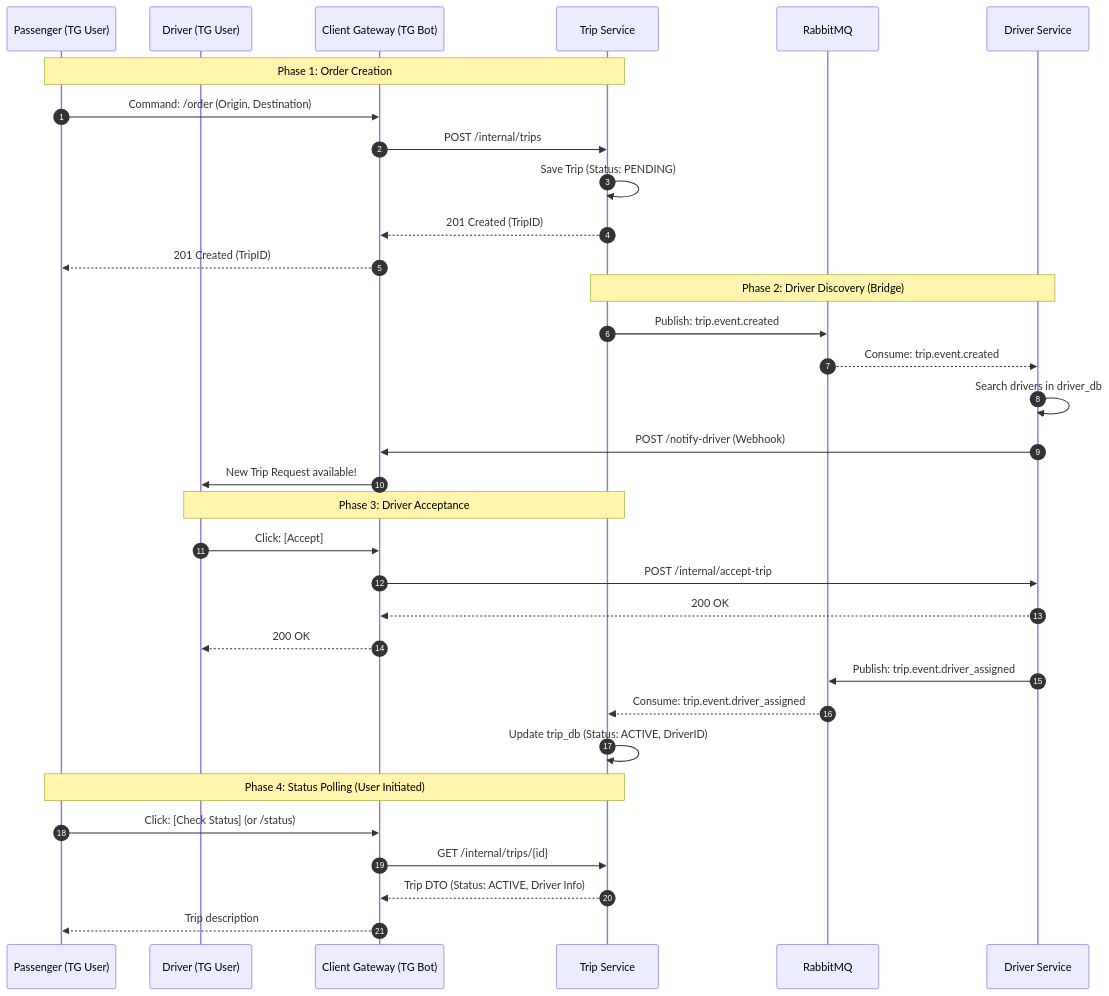
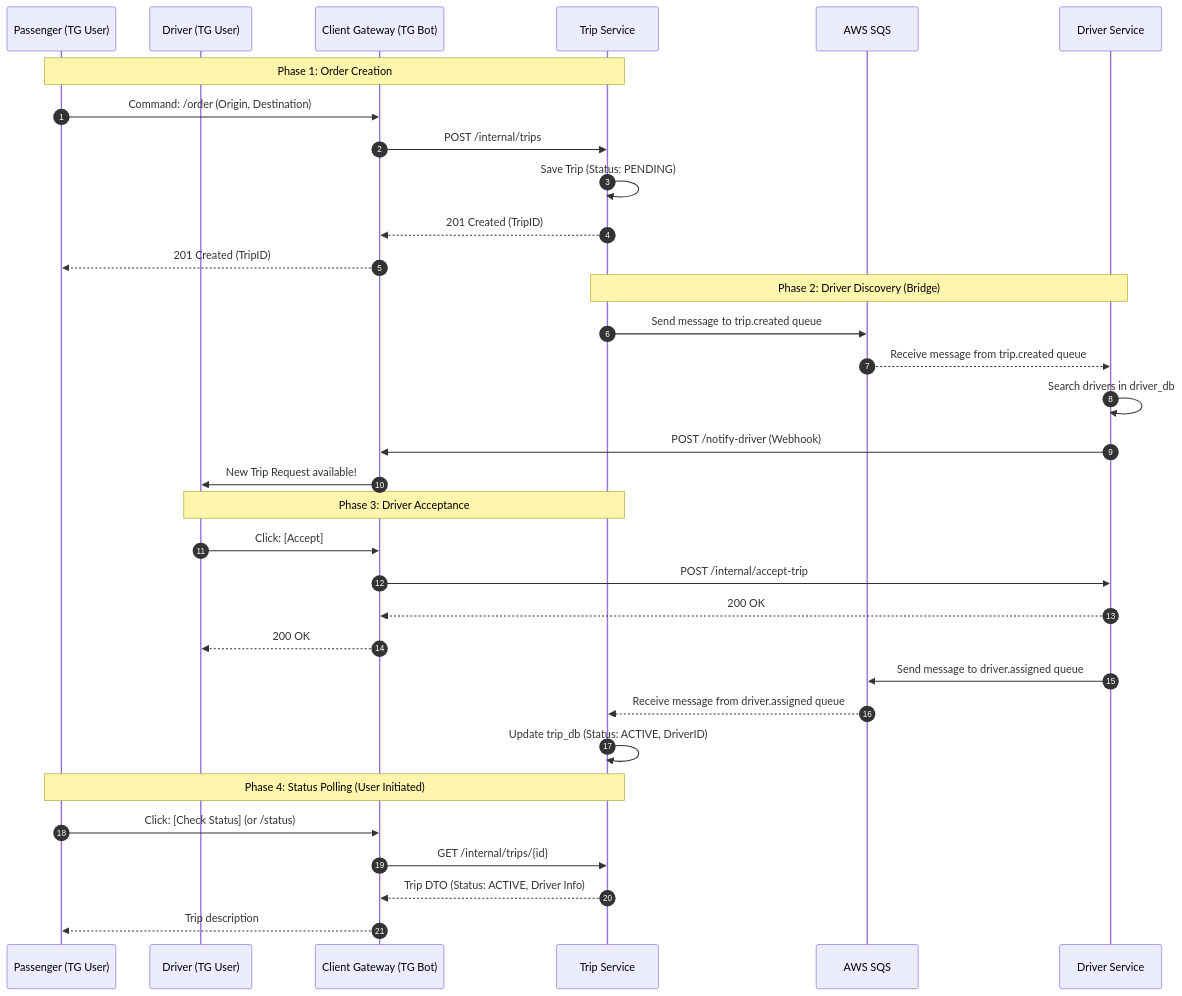
The diagram in ai.md (UA-4697-DevOps/drive-ops), drawn with Mermaid before and after one commit. The commit also changed other lines of this file, not shown here.

Commit message:
docs: reflect SQS migration in ai.md

````diff
--- a/ai.md
+++ b/ai.md
@@ -38,40 +38,40 @@
 ```mermaid
 sequenceDiagram
     autonumber
     participant P as Passenger (TG User)
     participant D as Driver (TG User)
     participant CG as Client Gateway (TG Bot)
     participant TS as Trip Service
-    participant MB as RabbitMQ
+    participant SQS as AWS SQS
     participant DS as Driver Service
 
     Note over P, TS: Phase 1: Order Creation
     P->>CG: Command: /order (Origin, Destination)
     CG->>TS: POST /internal/trips
     TS->>TS: Save Trip (Status: PENDING)
     TS-->>CG: 201 Created (TripID)
     CG-->>P: 201 Created (TripID)
 
     Note over TS, DS: Phase 2: Driver Discovery (Bridge)
-    TS->>MB: Publish: trip.event.created
-    MB-->>DS: Consume: trip.event.created
+    TS->>SQS: Send message to trip.created queue
+    SQS-->>DS: Receive message from trip.created queue
     DS->>DS: Search drivers in driver_db
     DS->>CG: POST /notify-driver (Webhook)
     CG->>D: New Trip Request available!
 
     Note over D, TS: Phase 3: Driver Acceptance
     D->>CG: Click: [Accept]
     CG->>DS: POST /internal/accept-trip
     DS-->>CG: 200 OK
     CG-->>D: 200 OK
     
-    DS->>MB: Publish: trip.event.driver_assigned
-    MB-->>TS: Consume: trip.event.driver_assigned
+    DS->>SQS: Send message to driver.assigned queue
+    SQS-->>TS: Receive message from driver.assigned queue
     TS->>TS: Update trip_db (Status: ACTIVE, DriverID)
 
     Note over P, TS: Phase 4: Status Polling (User Initiated)
     P->>CG: Click: [Check Status] (or /status)
     CG->>TS: GET /internal/trips/{id}
     TS-->>CG: Trip DTO (Status: ACTIVE, Driver Info)
     CG-->>P: Trip description
 ```
````
